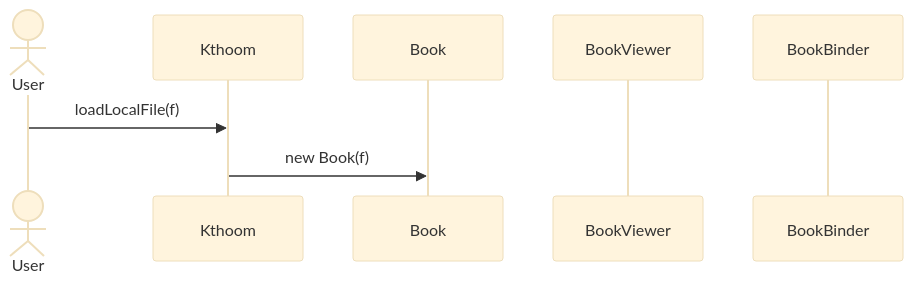
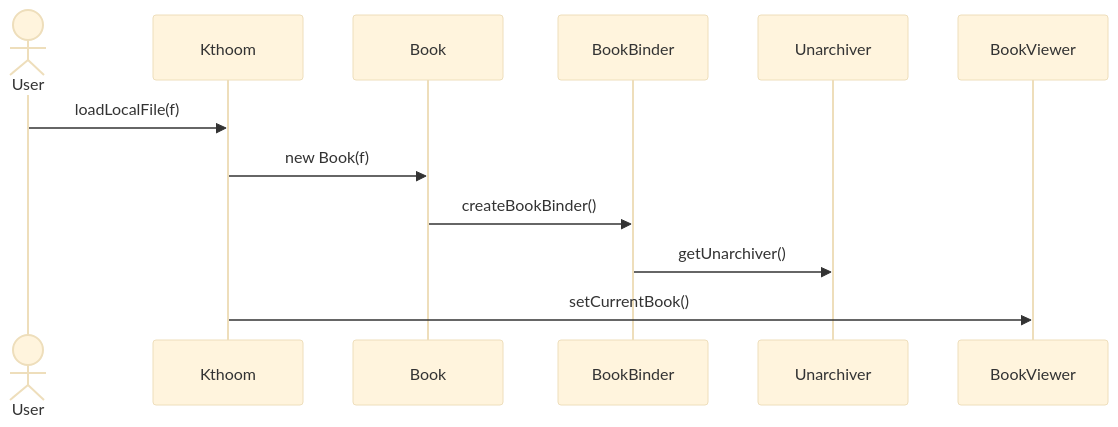
The first of 2 diagrams in docs/book-binding.md (gitter-badger/kthoom), drawn with Mermaid (base theme) before and after one commit. The commit also changed other lines of this file, not shown here.

First line of the commit message:
Update book-binding.md

````diff
--- a/docs/book-binding.md
+++ b/docs/book-binding.md
@@ -2,11 +4,15 @@
 ```mermaid
 sequenceDiagram
     actor User
     participant K as Kthoom
     participant B as Book
+    participant BB as BookBinder
+    participant UA as Unarchiver
     participant BV as BookViewer
-    participant BB as BookBinder
 
     User->>K: loadLocalFile(f)
     K->>B: new Book(f)
+    B->>BB: createBookBinder()
+    BB->>UA: getUnarchiver()
+    K->>BV: setCurrentBook()
 ```
````
